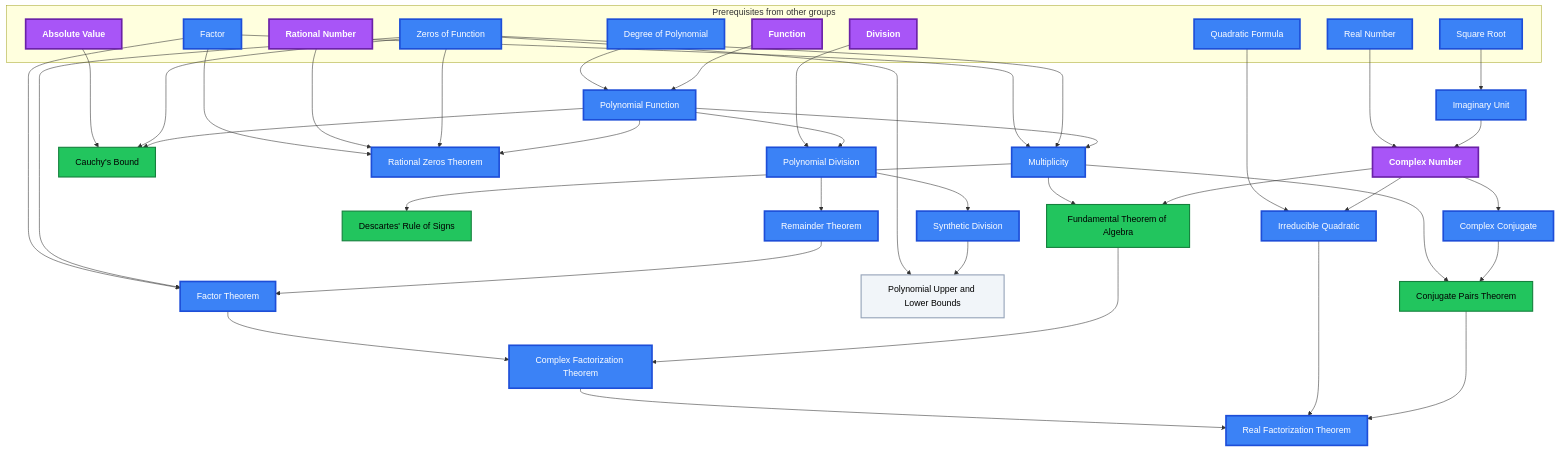
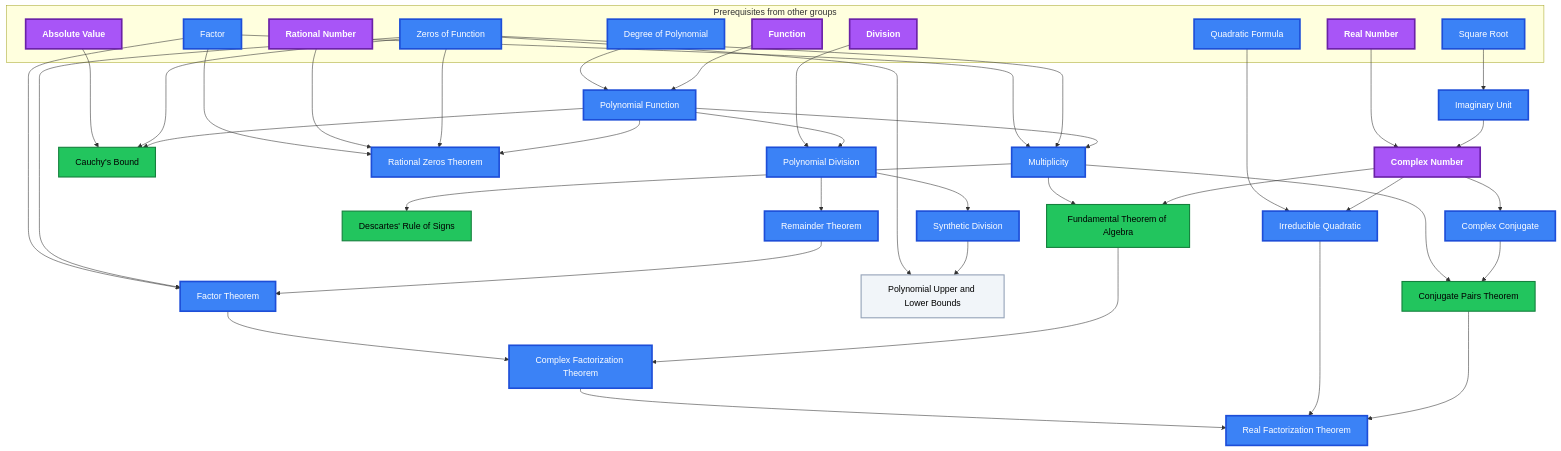
The third of 11 diagrams in Gamification/Skill Trees/Pre-Calculus.md (MRauf1/My-Notes), drawn with Mermaid before and after one commit. The commit also changed other lines of this file and 73 other files, not shown here.

````diff
--- a/Gamification/Skill Trees/Pre-Calculus.md
+++ b/Gamification/Skill Trees/Pre-Calculus.md
@@ -332,7 +332,7 @@
     n_conjugate_pairs_theorem --> n_real_factorization_theorem
     class n_polynomial_upper_and_lower_bounds L0;
     class n_cauchy_s_bound,n_descartes_rule_of_signs,n_fundamental_theorem_of_algebra,n_conjugate_pairs_theorem L1;
-    class n_degree_of_polynomial,n_factor,n_zeros_of_function,n_square_root,n_real_number,n_quadratic_formula,n_polynomial_function,n_multiplicity,n_polynomial_division,n_remainder_theorem,n_factor_theorem,n_synthetic_division,n_rational_zeros_theorem,n_imaginary_unit,n_complex_conjugate,n_complex_factorization_theorem,n_irreducible_quadratic,n_real_factorization_theorem L2;
-    class n_function,n_division,n_absolute_value,n_rational_number,n_complex_number L3;
+    class n_degree_of_polynomial,n_factor,n_zeros_of_function,n_square_root,n_quadratic_formula,n_polynomial_function,n_multiplicity,n_polynomial_division,n_remainder_theorem,n_factor_theorem,n_synthetic_division,n_rational_zeros_theorem,n_imaginary_unit,n_complex_conjugate,n_complex_factorization_theorem,n_irreducible_quadratic,n_real_factorization_theorem L2;
+    class n_function,n_division,n_absolute_value,n_rational_number,n_real_number,n_complex_number L3;
     class n_degree_of_polynomial,n_function,n_factor,n_zeros_of_function,n_division,n_absolute_value,n_rational_number,n_square_root,n_real_number,n_quadratic_formula,n_polynomial_function,n_multiplicity,n_polynomial_division,n_remainder_theorem,n_factor_theorem,n_synthetic_division,n_cauchy_s_bound,n_rational_zeros_theorem,n_descartes_rule_of_signs,n_polynomial_upper_and_lower_bounds,n_imaginary_unit,n_complex_number,n_complex_conjugate,n_fundamental_theorem_of_algebra,n_complex_factorization_theorem,n_irreducible_quadratic,n_conjugate_pairs_theorem,n_real_factorization_theorem internal-link;
 ```
````
